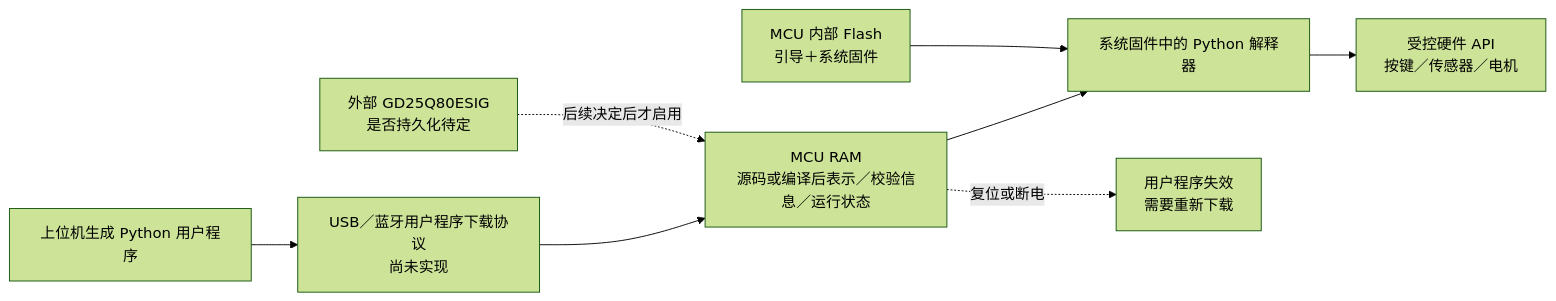
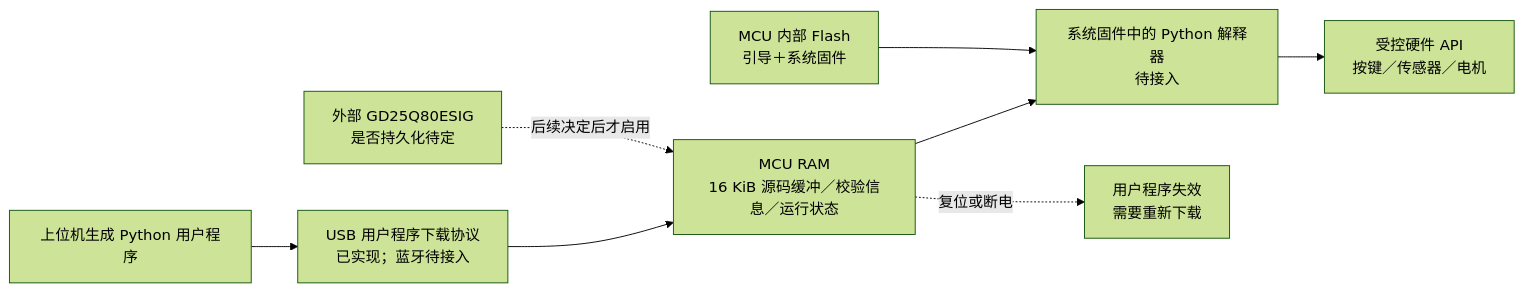
One commit to msl1831/KLQ_V2 changed the fourth of 6 diagrams in docs/architecture_current.md. Above: the diagram before and after it, drawn with Mermaid (forest theme). The commit also changed other lines of this file and 18 other files, not shown here.

````diff
--- a/docs/architecture_current.md
+++ b/docs/architecture_current.md
@@ -149,16 +153,16 @@
 ```mermaid
 flowchart LR
     PC[上位机生成 Python 用户程序]
-    LINK[USB／蓝牙用户程序下载协议<br/>尚未实现]
-    RAM[MCU RAM<br/>源码或编译后表示／校验信息／运行状态]
-    VM[系统固件中的 Python 解释器]
+    LINK[USB 用户程序下载协议<br/>已实现；蓝牙待接入]
+    RAM[MCU RAM<br/>16 KiB 源码缓冲／校验信息／运行状态]
+    VM[系统固件中的 Python 解释器<br/>待接入]
     HWAPI[受控硬件 API<br/>按键／传感器／电机]
     EXT[外部 GD25Q80ESIG<br/>是否持久化待定]
     INTERNAL[MCU 内部 Flash<br/>引导＋系统固件]
     LOST[用户程序失效<br/>需要重新下载]
 
     PC --> LINK --> RAM --> VM --> HWAPI
     EXT -.->|后续决定后才启用| RAM
     INTERNAL --> VM
     RAM -.->|复位或断电| LOST
 ```
````
